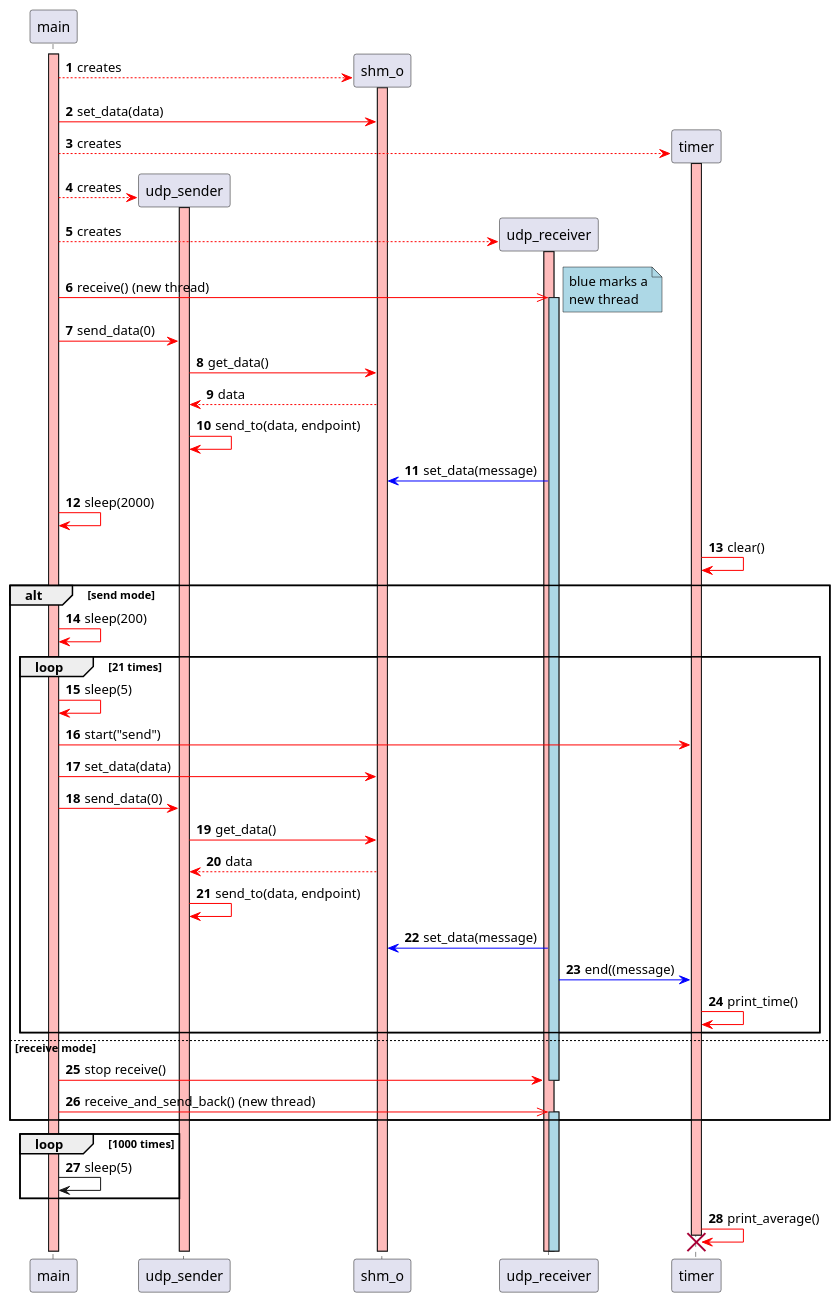
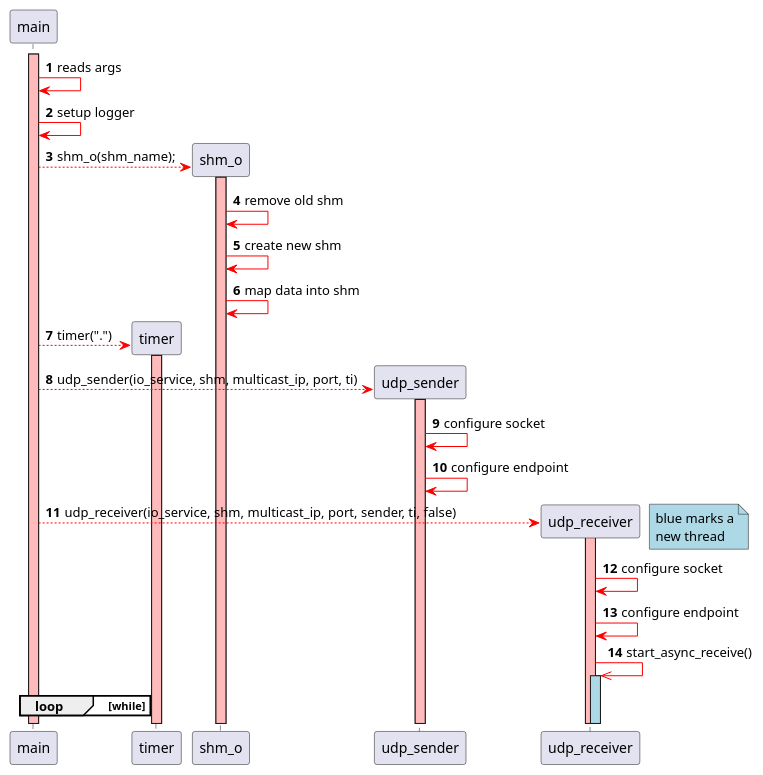
One commit to niklasdie/Bachelorarbeit_RM changed the diagram in docs/squence.puml. Above: the diagram before and after it, drawn with PlantUML. The commit also changed 6 other files, not shown here.

Commit message:
UML Diagramme bearbeitet, kleine Verbesserungen

```diff
--- a/docs/squence.puml
+++ b/docs/squence.puml
@@ -1,64 +1,43 @@
 @startuml
 
 autonumber
 
 participant main order 10
+participant timer order 20
 participant shm_o order 30
-participant udp_sender order 20
-participant udp_receiver order 40
-participant timer order 50
+participant udp_sender order 40
+participant udp_receiver order 50
 
 activate main #FFBBBB
 
-main --[#red]> shm_o ** : creates
+main -[#red]> main: reads args
+main -[#red]> main: setup logger
+
+main --[#red]> shm_o ** : shm_o(shm_name);
 activate shm_o #FFBBBB
-main -[#red]> shm_o : set_data(data)
-main --[#red]> timer**: creates
+shm_o -[#red]> shm_o: remove old shm
+shm_o -[#red]> shm_o: create new shm
+shm_o -[#red]> shm_o: map data into shm
+main --[#red]> timer**: timer(".")
 activate timer #FFBBBB
-main --[#red]> udp_sender** : creates
+main --[#red]> udp_sender** : udp_sender(io_service, shm, multicast_ip, port, ti)
 activate udp_sender #FFBBBB
-main --[#red]> udp_receiver** : creates
+udp_sender -[#red]> udp_sender: configure socket
+udp_sender -[#red]> udp_sender: configure endpoint
+main --[#red]> udp_receiver** : udp_receiver(io_service, shm, multicast_ip, port, sender, ti, false)
 activate udp_receiver #FFBBBB
-main -[#red]>> udp_receiver : receive() (new thread)
 note right #lightblue
 blue marks a
 new thread
 end note
+udp_receiver -[#red]> udp_receiver: configure socket
+udp_receiver -[#red]> udp_receiver: configure endpoint
+udp_receiver -[#red]>> udp_receiver : start_async_receive()
 activate udp_receiver #lightblue
-main -[#red]> udp_sender : send_data(0)
-        udp_sender -[#red]> shm_o : get_data()
-        shm_o --[#red]> udp_sender : data
-        udp_sender -[#red]> udp_sender : send_to(data, endpoint)
-        udp_receiver -[#blue]> shm_o : set_data(message)
-main -[#red]> main: sleep(2000)
-timer -[#red]> timer : clear()
 
-alt send mode
-    main -[#red]> main : sleep(200)
-    loop 21 times
-        main -[#red]> main : sleep(5)
-        main -[#red]> timer : start("send")
-        main -[#red]> shm_o : set_data(data)
-        main -[#red]> udp_sender : send_data(0)
-        udp_sender -[#red]> shm_o : get_data()
-        shm_o --[#red]> udp_sender : data
-        udp_sender -[#red]> udp_sender : send_to(data, endpoint)
-        udp_receiver -[#blue]> shm_o : set_data(message)
-        udp_receiver -[#blue]> timer : end((message)
-        timer -[#red]> timer : print_time()
-    end
-else receive mode
-    main -[#red]> udp_receiver : stop receive()
-    deactivate udp_receiver
-    main -[#red]>> udp_receiver : receive_and_send_back() (new thread)
-    activate udp_receiver #lightblue
+
+loop while
 end
 
-loop 1000 times
-    main -> main : sleep(5)
-end
-
-timer -[#red]> timer : print_average()
-destroy timer
 
 @enduml
```
